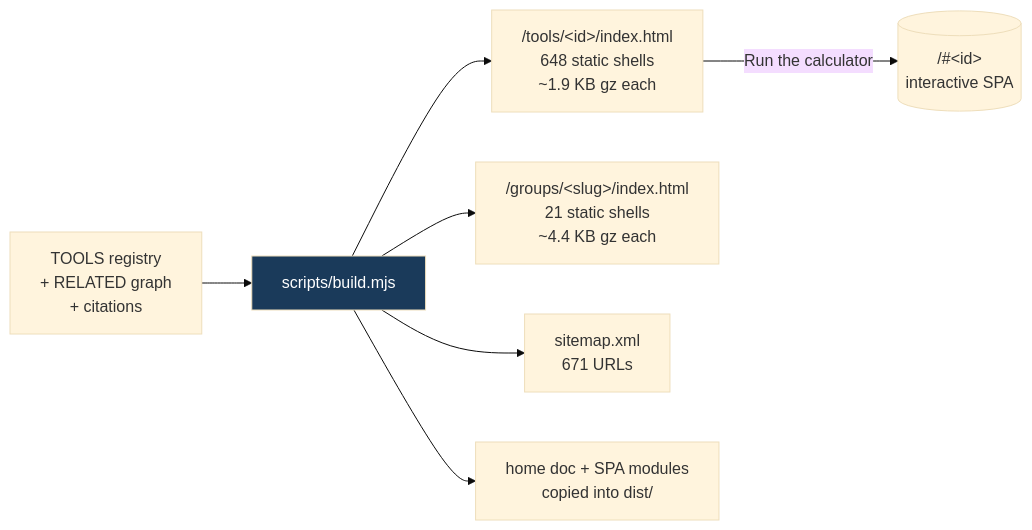
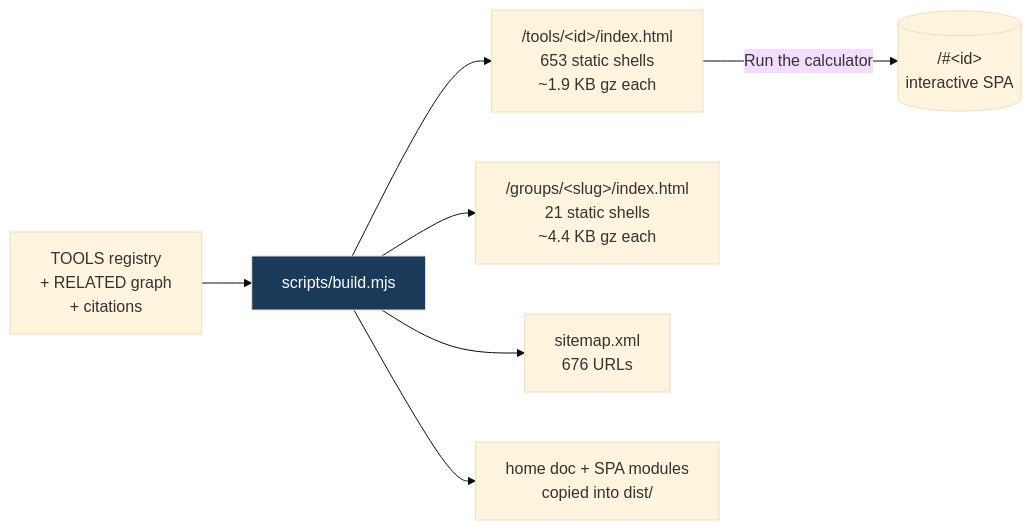
Before and after one commit to clay-good/roughlogic.com: the fifth of 8 diagrams in README.md, drawn with Mermaid (base theme). The commit also changed other lines of this file and 20 other files, not shown here.

````diff
--- a/README.md
+++ b/README.md
@@ -450,10 +450,10 @@
 ```mermaid
 flowchart LR
     SRC[TOOLS registry\n+ RELATED graph\n+ citations] --> BUILD[scripts/build.mjs]
-    BUILD --> TILE["/tools/&lt;id&gt;/index.html\n648 static shells\n~1.9 KB gz each"]
+    BUILD --> TILE["/tools/&lt;id&gt;/index.html\n653 static shells\n~1.9 KB gz each"]
     BUILD --> GROUP["/groups/&lt;slug&gt;/index.html\n21 static shells\n~4.4 KB gz each"]
-    BUILD --> MAP["sitemap.xml\n671 URLs"]
+    BUILD --> MAP["sitemap.xml\n676 URLs"]
     BUILD --> COPY[home doc + SPA modules\ncopied into dist/]
     TILE -->|Run the calculator| SPA[("/#&lt;id&gt;\ninteractive SPA")]
     style BUILD fill:#1a3a5a,color:#fff
 ```
````
